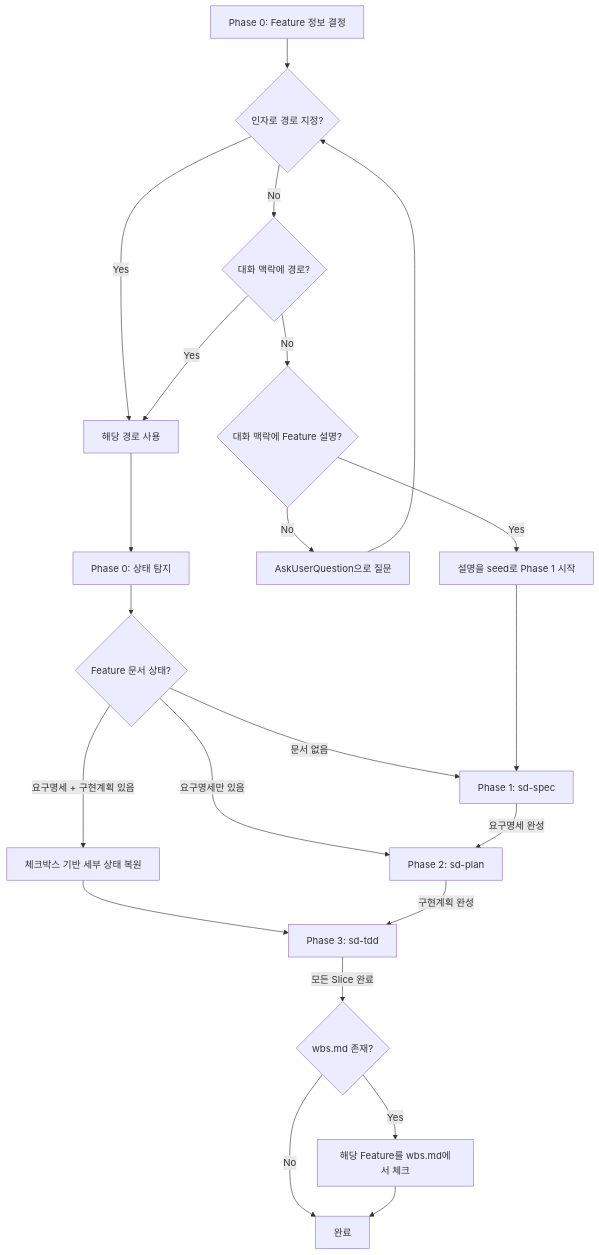
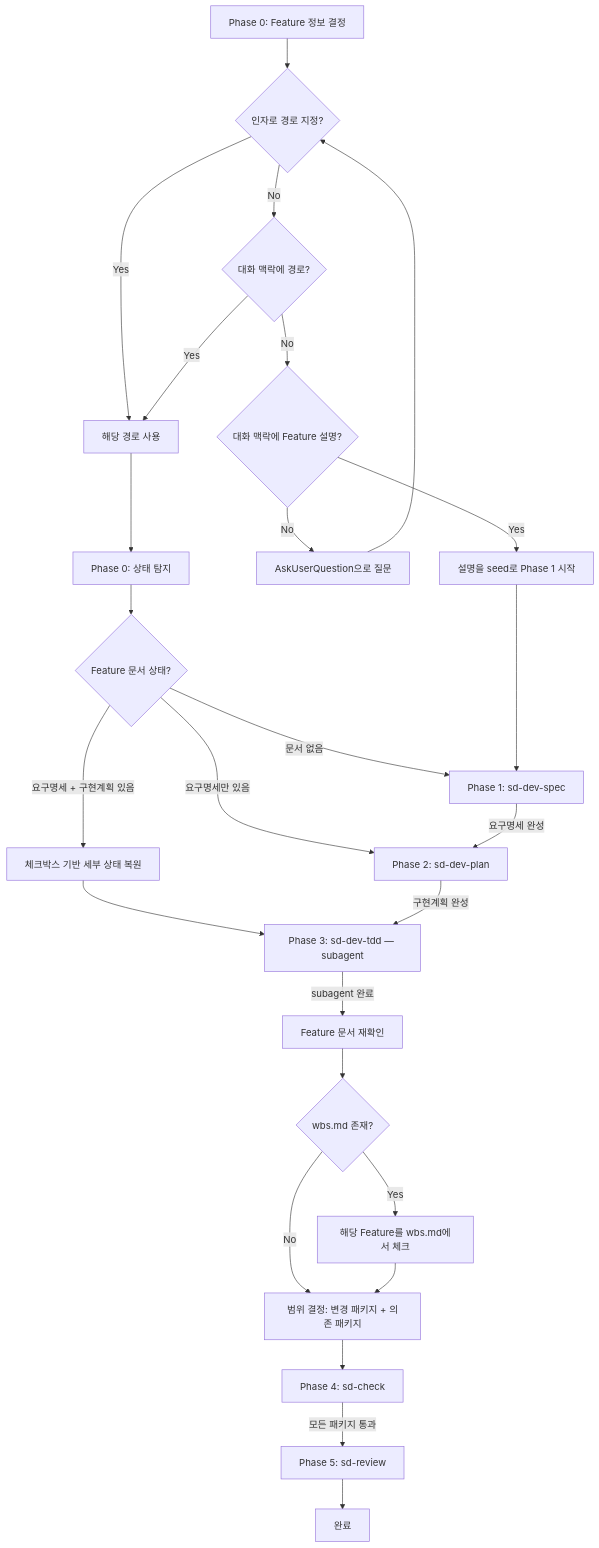
One commit to kslhunter/simplysm changed the diagram in .claude/skills/sd-dev/SKILL.md. Above: the diagram before and after it, drawn with Mermaid. The commit also changed other lines of this file and 72 other files, not shown here.

````diff
--- a/.claude/skills/sd-dev/SKILL.md
+++ b/.claude/skills/sd-dev/SKILL.md
@@ -20,27 +14,32 @@
 ```mermaid
 flowchart TD
     S1[Phase 0: Feature 정보 결정] --> S1a{인자로 경로 지정?}
     S1a -->|Yes| S1use[해당 경로 사용]
     S1a -->|No| S1b{대화 맥락에 경로?}
     S1b -->|Yes| S1use
     S1b -->|No| S1c{대화 맥락에 Feature 설명?}
     S1c -->|Yes| S1seed[설명을 seed로 Phase 1 시작]
     S1c -->|No| S1ask[AskUserQuestion으로 질문]
     S1ask --> S1a
 
     S1use --> S2[Phase 0: 상태 탐지]
     S2 --> S2a{Feature 문서 상태?}
-    S2a -->|문서 없음| P1[Phase 1: sd-spec]
-    S2a -->|요구명세만 있음| P2[Phase 2: sd-plan]
+    S2a -->|문서 없음| P1[Phase 1: sd-dev-spec]
+    S2a -->|요구명세만 있음| P2[Phase 2: sd-dev-plan]
     S2a -->|요구명세 + 구현계획 있음| S2b[체크박스 기반 세부 상태 복원]
-    S2b --> P3[Phase 3: sd-tdd]
+    S2b --> P3[Phase 3: sd-dev-tdd — subagent]
 
     S1seed --> P1
 
     P1 -->|요구명세 완성| P2
     P2 -->|구현계획 완성| P3
-    P3 -->|모든 Slice 완료| S3{wbs.md 존재?}
+    P3 -->|subagent 완료| P3a[Feature 문서 재확인]
+    P3a --> S3{wbs.md 존재?}
     S3 -->|Yes| S3a[해당 Feature를 wbs.md에서 체크]
-    S3 -->|No| DONE[완료]
-    S3a --> DONE
+    S3 -->|No| SCOPE[범위 결정: 변경 패키지 + 의존 패키지]
+    S3a --> SCOPE
+
+    SCOPE --> P4[Phase 4: sd-check]
+    P4 -->|모든 패키지 통과| P5[Phase 5: sd-review]
+    P5 --> DONE[완료]
 ```
````
